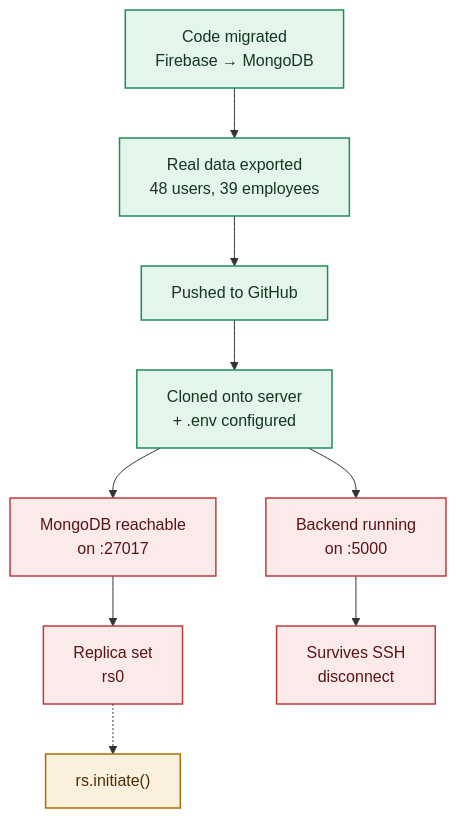
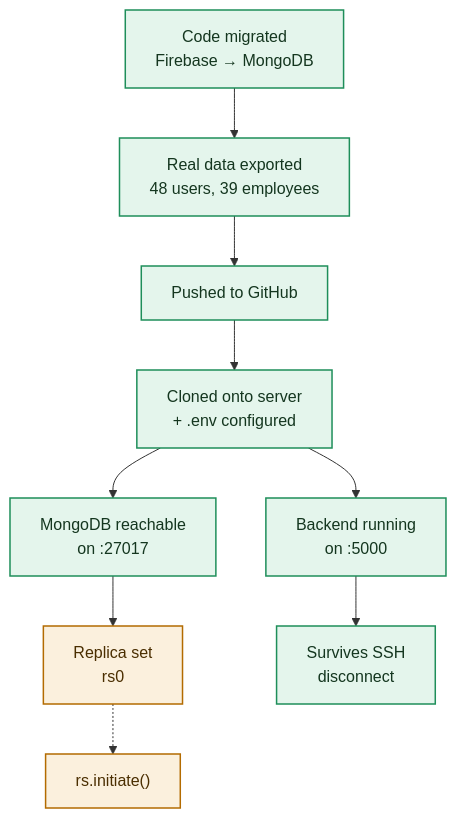
One commit to Fute-Services/Project-Ticket changed the diagram in docs/DEPLOYMENT_PIPELINE_STATUS.md. Above: the diagram before and after it, drawn with Mermaid. The commit also changed other lines of this file and 1 other file, not shown here.

````diff
--- a/docs/DEPLOYMENT_PIPELINE_STATUS.md
+++ b/docs/DEPLOYMENT_PIPELINE_STATUS.md
@@ -9,18 +9,18 @@
 ```mermaid
 flowchart TD
     A["Code migrated<br/>Firebase → MongoDB"] --> B["Real data exported<br/>48 users, 39 employees"]
     B --> C["Pushed to GitHub"]
     C --> D["Cloned onto server<br/>+ .env configured"]
     D --> E["MongoDB reachable<br/>on :27017"]
     E --> F["Replica set<br/>rs0"]
     D --> G["Backend running<br/>on :5000"]
     G --> H["Survives SSH<br/>disconnect"]
     F -.-> I["rs.initiate()"]
 
     classDef ok fill:#E4F5EC,stroke:#1E8E5A,color:#14361F,stroke-width:1.5px;
     classDef bad fill:#FBEAEA,stroke:#C23B3B,color:#5A1414,stroke-width:1.5px;
     classDef wait fill:#FBF0DD,stroke:#B36B00,color:#4A2E00,stroke-width:1.5px;
-    class A,B,C,D ok;
-    class E,F,G,H bad;
+    class A,B,C,D,E,G,H ok;
+    class F wait;
     class I wait;
 ```
````
